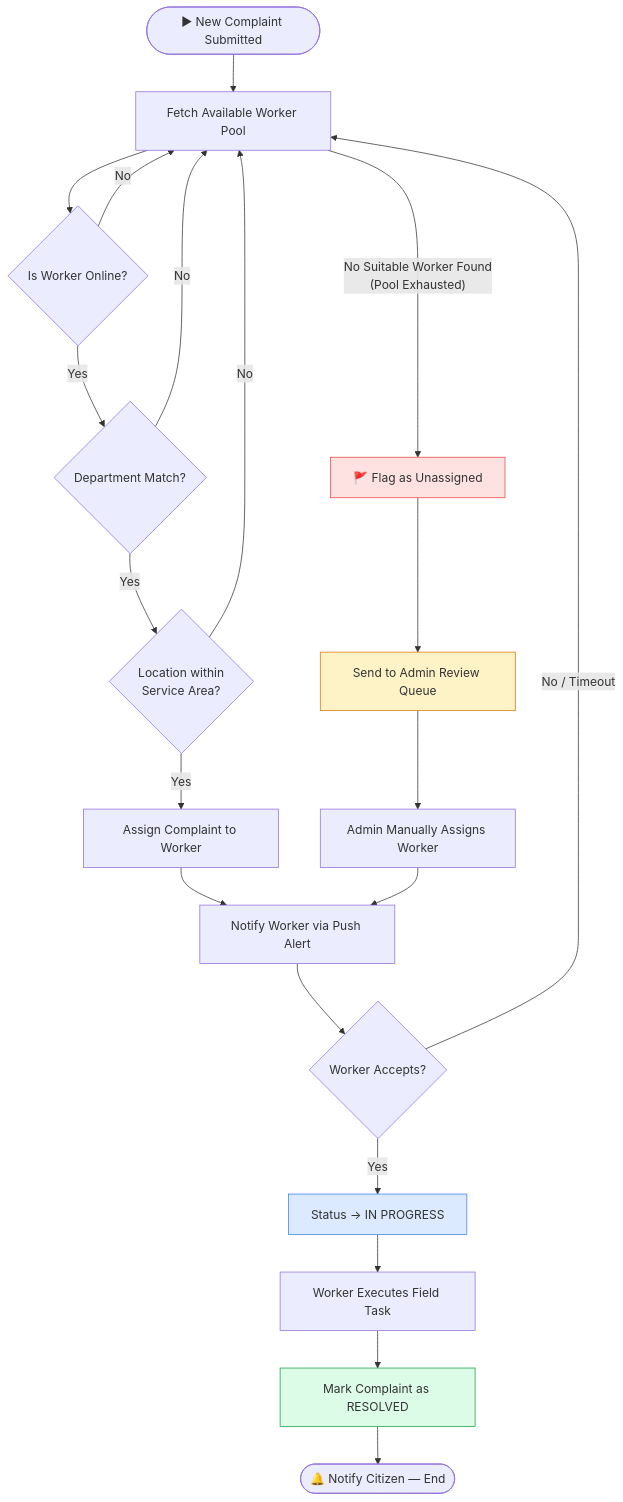
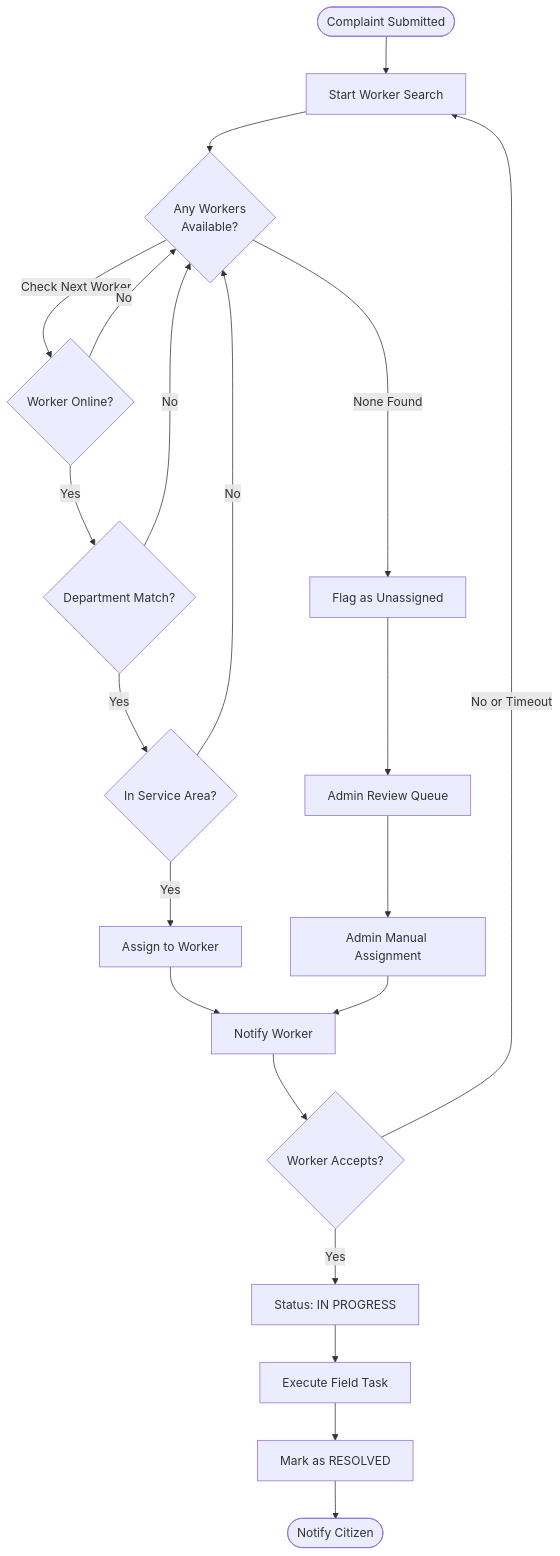
Before and after one commit to ark5234/Jan-Sunwai-AI: the eighth of 10 diagrams in docs/DIAGRAMS.md, drawn with Mermaid. The commit also changed other lines of this file and 14 other files, not shown here.

Commit message:
docs: add system design and implementation planning chapters with architecture diagrams to project report

````diff
--- a/docs/DIAGRAMS.md
+++ b/docs/DIAGRAMS.md
@@ -386,35 +365,25 @@
 ```mermaid
 flowchart TD
-    START([▶ New Complaint Submitted]) --> POOL[Fetch Available Worker Pool]
+    A([Complaint Submitted]) --> B[Start Worker Search]
+    B --> C{Any Workers\nAvailable?}
+    C -->|None Found| D[Flag as Unassigned]
+    C -->|Check Next Worker| E{Worker Online?}
+    E -->|No| C
+    E -->|Yes| F{Department Match?}
+    F -->|No| C
+    F -->|Yes| G{In Service Area?}
+    G -->|No| C
+    G -->|Yes| H[Assign to Worker]
+    D --> I[Admin Review Queue]
+    I --> J[Admin Manual Assignment]
+    H --> K[Notify Worker]
+    J --> K
+    K --> L{Worker Accepts?}
+    L -->|No or Timeout| B
+    L -->|Yes| M[Status: IN PROGRESS]
+    M --> N[Execute Field Task]
+    N --> O[Mark as RESOLVED]
+    O --> P([Notify Citizen])
 
-    POOL --> ONLINE{Is Worker Online?}
-    ONLINE -->|No| POOL
-    ONLINE -->|Yes| DEPT{Department Match?}
-
-    DEPT -->|No| POOL
-    DEPT -->|Yes| GEO{Location within\nService Area?}
-
-    GEO -->|No| POOL
-    GEO -->|Yes| ASSIGN[Assign Complaint to Worker]
-
-    POOL -->|"No Suitable Worker Found\n(Pool Exhausted)"| UNASSIGNED
-
-    ASSIGN --> NOTIFY[Notify Worker via Push Alert]
-    NOTIFY --> ACCEPT{Worker Accepts?}
-
-    ACCEPT -->|"No / Timeout"| POOL
-    ACCEPT -->|Yes| INPROG[Status → IN PROGRESS]
-
-    INPROG --> FIELD[Worker Executes Field Task]
-    FIELD --> RESOLVE[Mark Complaint as RESOLVED]
-    RESOLVE --> END([🔔 Notify Citizen — End])
-
-    UNASSIGNED[🚩 Flag as Unassigned] --> ADMIN[Send to Admin Review Queue]
-    ADMIN --> MANUAL[Admin Manually Assigns Worker]
-    MANUAL --> NOTIFY
-
-    style UNASSIGNED fill:#fee2e2,stroke:#ef4444
-    style ADMIN fill:#fef3c7,stroke:#d97706
-    style RESOLVE fill:#dcfce7,stroke:#16a34a
-    style INPROG fill:#dbeafe,stroke:#3b82f6
+    
 ```
````
